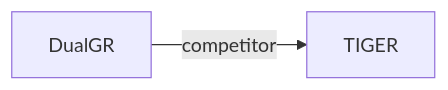
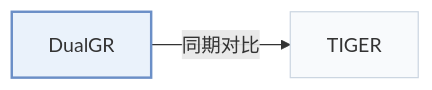
Before and after one commit to Galaxy-ghost/Awesome-SID-Generative-Rec: the second of 2 diagrams in pages/zh/papers/dualgr.md, drawn with Mermaid. The commit also changed other lines of this file and 649 other files, not shown here.

Commit message:
writer-05: also tags and modality index (schema, check, build, visuals); summary field removed; calibration data for 12 papers

````diff
--- a/pages/zh/papers/dualgr.md
+++ b/pages/zh/papers/dualgr.md
@@ -70,5 +75,9 @@
 ```mermaid
 flowchart LR
     P["DualGR"]
-    P -->|competitor| A["TIGER"]
+    P -->|"同期对比"| A["TIGER"]
+    classDef main fill:#eaf2fb,stroke:#6b8fc7,stroke-width:2px
+    classDef peer fill:#f8fafc,stroke:#cbd5e1
+    class P main
+    class A peer
 ```
````
